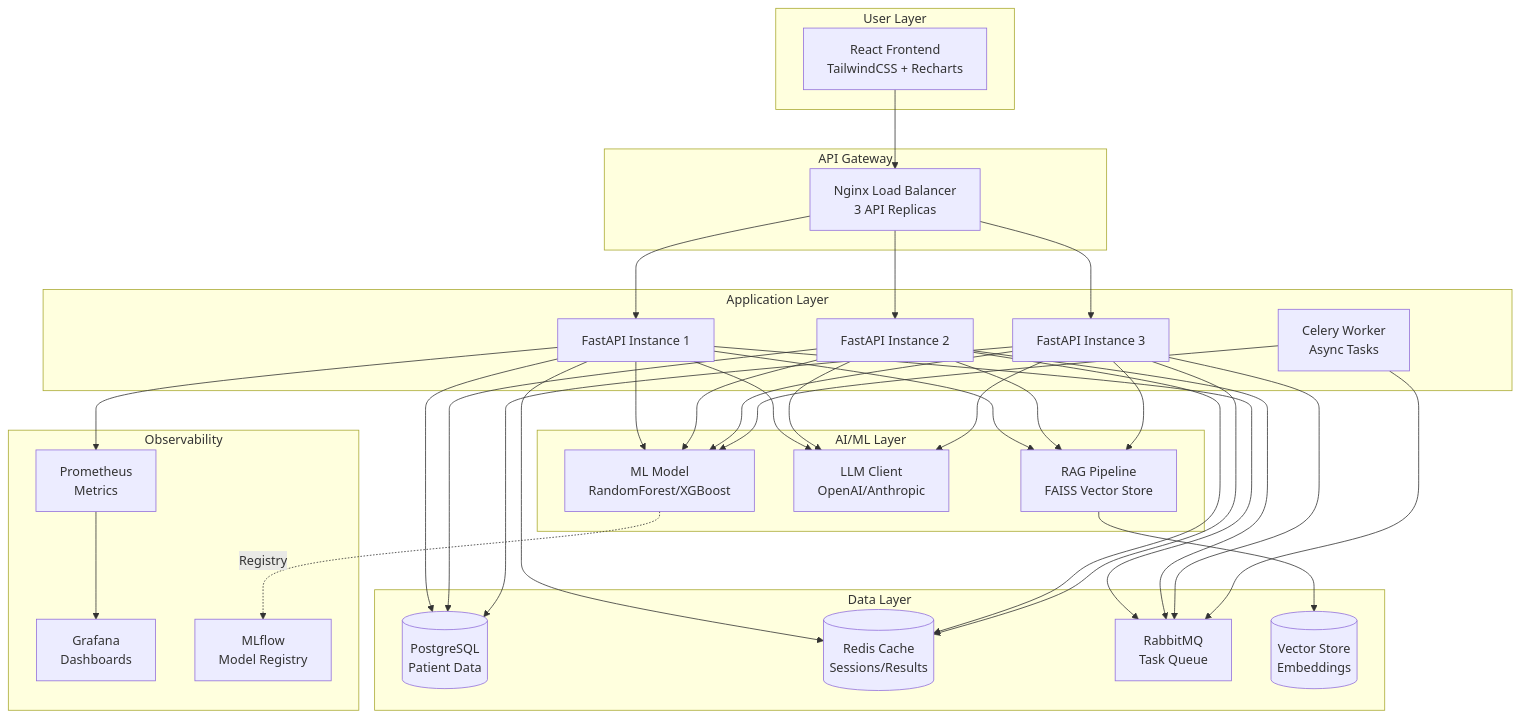
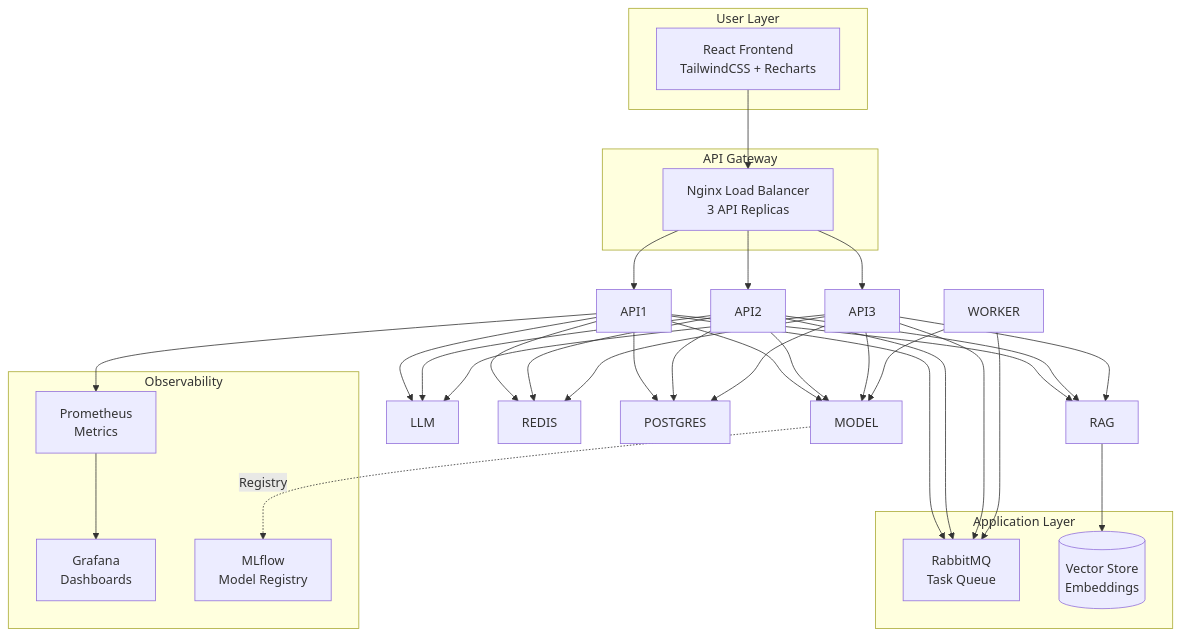
Before and after one commit to samuel-1-avson/healthcare-appointments: the first of 2 diagrams in README.md, drawn with Mermaid. The commit also changed other lines of this file and 29 other files, not shown here.

Commit message:
feat: Introduce ML prediction API, comprehensive frontend dashboard, model training pipeline, and data encryption.

````diff
--- a/README.md
+++ b/README.md
@@ -45,51 +29,36 @@
 ```mermaid
 graph TB
     subgraph "User Layer"
         UI[React Frontend<br/>TailwindCSS + Recharts]
     end
 
     subgraph "API Gateway"
         NGINX[Nginx Load Balancer<br/>3 API Replicas]
     end
 
     subgraph "Application Layer"
-        API1[FastAPI Instance 1]
-        API2[FastAPI Instance 2]
-        API3[FastAPI Instance 3]
-        WORKER[Celery Worker<br/>Async Tasks]
-    end
-
-    subgraph "AI/ML Layer"
-        MODEL[ML Model<br/>RandomForest/XGBoost]
-        LLM[LLM Client<br/>OpenAI/Anthropic]
-        RAG[RAG Pipeline<br/>FAISS Vector Store]
-    end
-
-    subgraph "Data Layer"
-        POSTGRES[(PostgreSQL<br/>Patient Data)]
-        REDIS[(Redis Cache<br/>Sessions/Results)]
         RABBITMQ[RabbitMQ<br/>Task Queue]
         VECTOR[(Vector Store<br/>Embeddings)]
     end
 
     subgraph "Observability"
         PROM[Prometheus<br/>Metrics]
         GRAF[Grafana<br/>Dashboards]
         MLFLOW[MLflow<br/>Model Registry]
     end
 
     UI --> NGINX
     NGINX --> API1 & API2 & API3
     API1 & API2 & API3 --> MODEL
     API1 & API2 & API3 --> LLM
     API1 & API2 & API3 --> RAG
     API1 & API2 & API3 --> REDIS
     API1 & API2 & API3 --> POSTGRES
     API1 & API2 & API3 --> RABBITMQ
     WORKER --> RABBITMQ
     WORKER --> MODEL
     RAG --> VECTOR
     API1 --> PROM
     PROM --> GRAF
     MODEL -.Registry.-> MLFLOW
 ```
````
